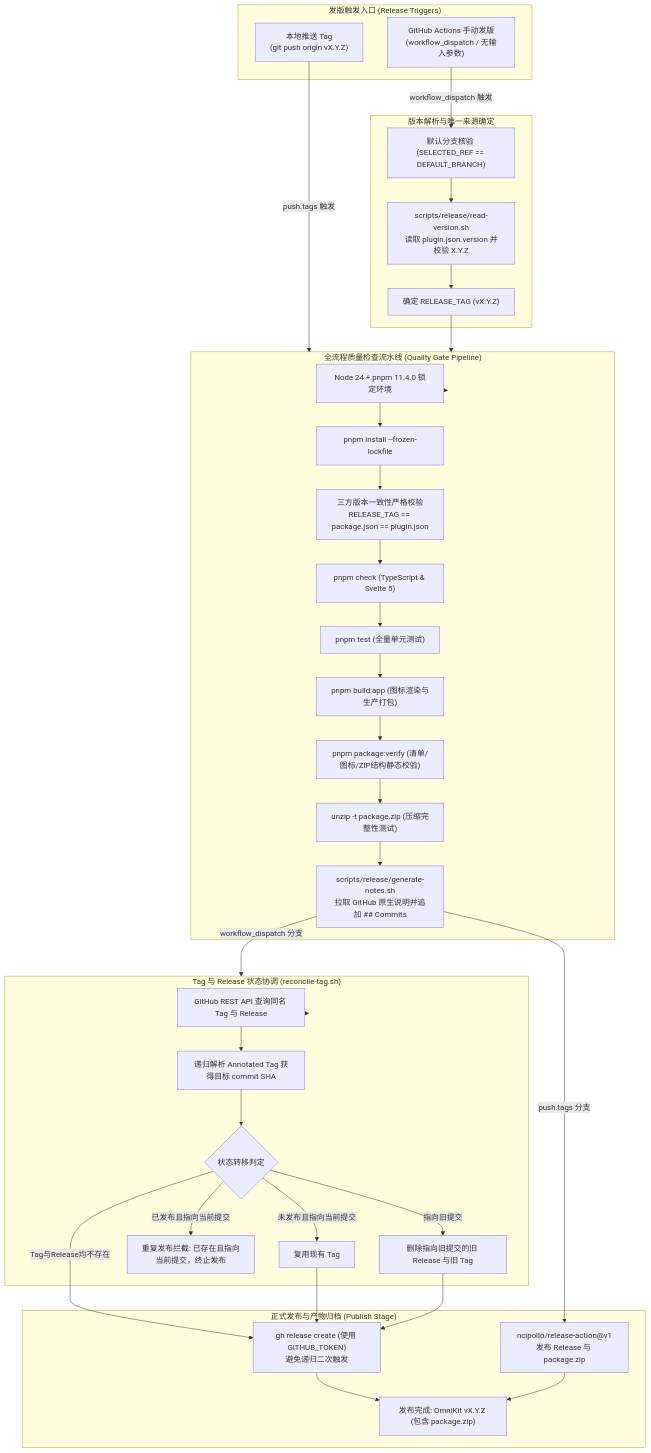
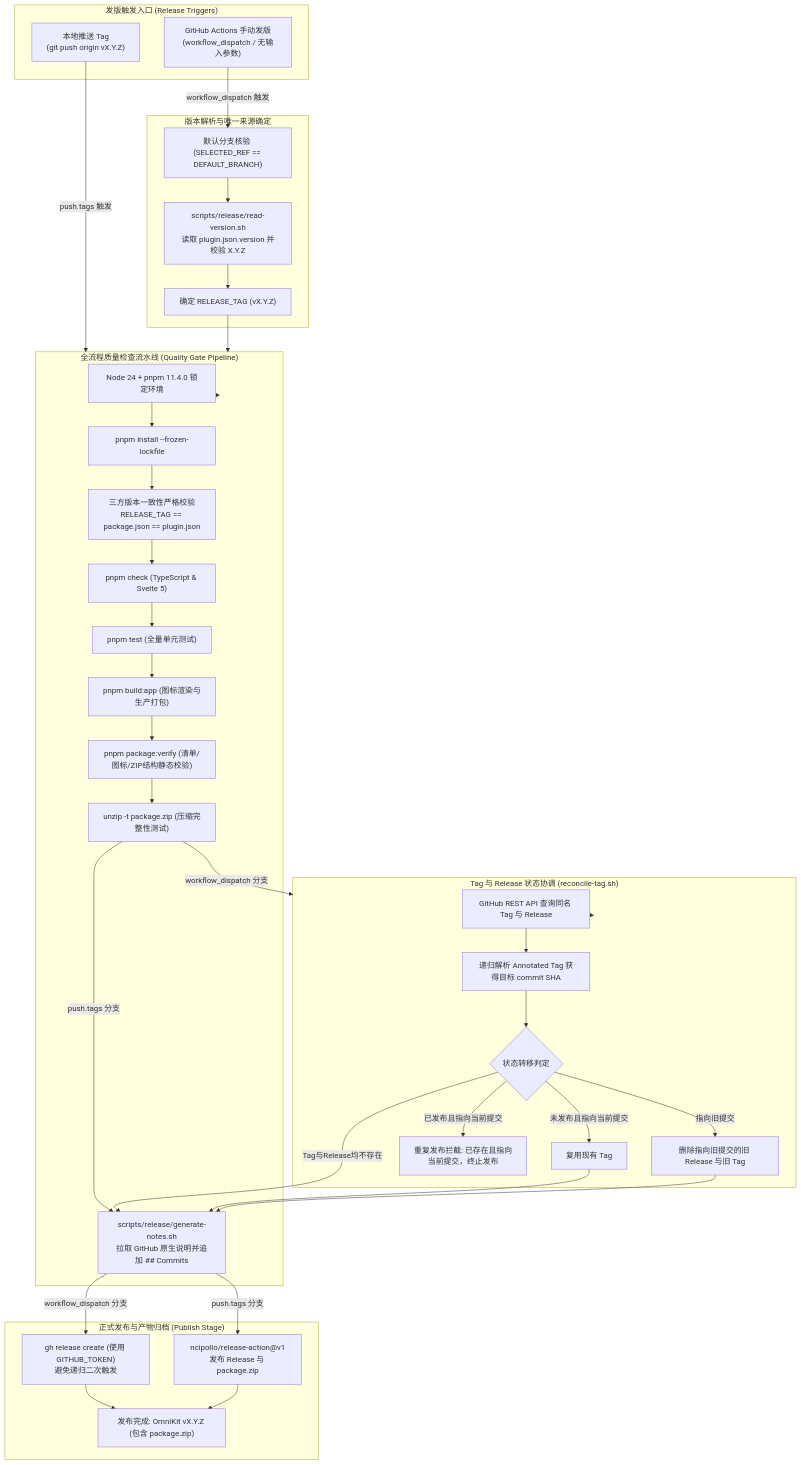
One commit to Forgo7ten/siyuan-plugin-omnikit changed the diagram in docs/ENGINEERING.md. Above: the diagram before and after it, drawn with Mermaid. The commit also changed other lines of this file and 3 other files, not shown here.

First line of the commit message:
ci(release): 在生成发布说明前协调已有 Tag 并清理本地旧 Tag

````diff
--- a/docs/ENGINEERING.md
+++ b/docs/ENGINEERING.md
@@ -88,73 +88,74 @@
 ```mermaid
 flowchart TD
     subgraph Trigger["发版触发入口 (Release Triggers)"]
         TagPush["本地推送 Tag<br/>(git push origin vX.Y.Z)"]
         ManualDispatch["GitHub Actions 手动发版<br/>(workflow_dispatch / 无输入参数)"]
     end
 
     subgraph VersionResolution["版本解析与唯一来源确定"]
         CheckBranch["默认分支核验 (SELECTED_REF == DEFAULT_BRANCH)"]
         ExtractVersion["scripts/release/read-version.sh<br/>读取 plugin.json.version 并校验 X.Y.Z"]
         ResolvedTag["确定 RELEASE_TAG (vX.Y.Z)"]
     end
 
     subgraph QualityGate["全流程质量检查流水线 (Quality Gate Pipeline)"]
         EnvSetup["Node 24 + pnpm 11.4.0 锁定环境"]
         FrozenInstall["pnpm install --frozen-lockfile"]
         VersionCheck["三方版本一致性严格校验<br/>RELEASE_TAG == package.json == plugin.json"]
         TypeCheck["pnpm check (TypeScript & Svelte 5)"]
         UnitTests["pnpm test (全量单元测试)"]
         BuildApp["pnpm build:app (图标渲染与生产打包)"]
         VerifyPkg["pnpm package:verify (清单/图标/ZIP结构静态校验)"]
         ZipTest["unzip -t package.zip (压缩完整性测试)"]
         GenNotes["scripts/release/generate-notes.sh<br/>拉取 GitHub 原生说明并追加 ## Commits"]
     end
 
     subgraph ReconcileTag["Tag 与 Release 状态协调 (reconcile-tag.sh)"]
         QueryState["GitHub REST API 查询同名 Tag 与 Release"]
         ResolveCommit["递归解析 Annotated Tag 获得目标 commit SHA"]
         DecideAction{"状态转移判定"}
         ReuseTag["复用现有 Tag"]
         AbortDup["重复发布拦截: 已存在且指向当前提交，终止发布"]
         DeleteOld["删除指向旧提交的旧 Release 与旧 Tag"]
     end
 
     subgraph PublishStage["正式发布与产物归档 (Publish Stage)"]
         GhRelease["gh release create (使用 GITHUB_TOKEN)<br/>避免递归二次触发"]
         NcipolloAction["ncipollo/release-action@v1<br/>发布 Release 与 package.zip"]
         Finish["发布完成: OmniKit vX.Y.Z (包含 package.zip)"]
     end
 
     TagPush -->|push.tags 触发| QualityGate
     ManualDispatch -->|workflow_dispatch 触发| CheckBranch
     CheckBranch --> ExtractVersion
     ExtractVersion --> ResolvedTag
     ResolvedTag --> QualityGate
 
     QualityGate --> EnvSetup
     EnvSetup --> FrozenInstall
     FrozenInstall --> VersionCheck
     VersionCheck --> TypeCheck
     TypeCheck --> UnitTests
     UnitTests --> BuildApp
     BuildApp --> VerifyPkg
     VerifyPkg --> ZipTest
-    ZipTest --> GenNotes
-
-    GenNotes -->|workflow_dispatch 分支| ReconcileTag
-    GenNotes -->|push.tags 分支| NcipolloAction
+    ZipTest -->|workflow_dispatch 分支| ReconcileTag
+    ZipTest -->|push.tags 分支| GenNotes
 
     ReconcileTag --> QueryState
     QueryState --> ResolveCommit
     ResolveCommit --> DecideAction
     DecideAction -->|未发布且指向当前提交| ReuseTag
     DecideAction -->|已发布且指向当前提交| AbortDup
     DecideAction -->|指向旧提交| DeleteOld
-    DecideAction -->|Tag与Release均不存在| GhRelease
+    DecideAction -->|Tag与Release均不存在| GenNotes
 
-    ReuseTag --> GhRelease
-    DeleteOld --> GhRelease
+    ReuseTag --> GenNotes
+    DeleteOld --> GenNotes
+
+    GenNotes -->|workflow_dispatch 分支| GhRelease
+    GenNotes -->|push.tags 分支| NcipolloAction
 
     GhRelease --> Finish
     NcipolloAction --> Finish
 ```
````
